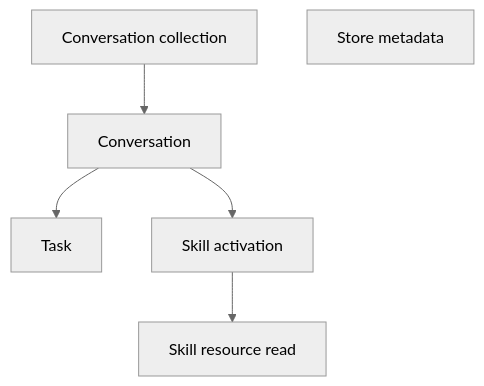
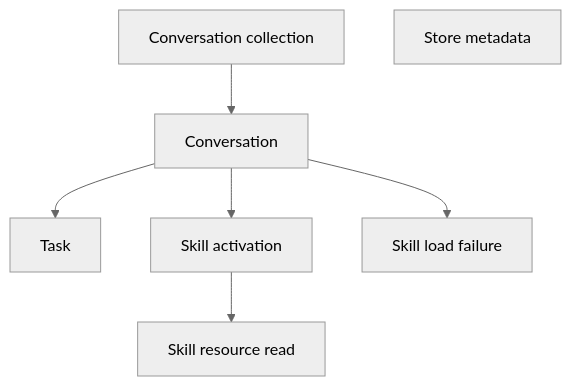
Before and after one commit to ganan-s/skillscope: the first of 2 diagrams in docs/05-api-resource-design.md, drawn with Mermaid (neutral theme). The commit also changed other lines of this file and 27 other files, not shown here.

````diff
--- a/docs/05-api-resource-design.md
+++ b/docs/05-api-resource-design.md
@@ -27,15 +27,17 @@
 ```mermaid
 flowchart TD
   collection[Conversation collection]
   conversation[Conversation]
   task[Task]
   activation[Skill activation]
+  failure[Skill load failure]
   resource[Skill resource read]
   meta[Store metadata]
 
   collection --> conversation
   conversation --> task
   conversation --> activation
+  conversation --> failure
   activation --> resource
   meta
 ```
````
